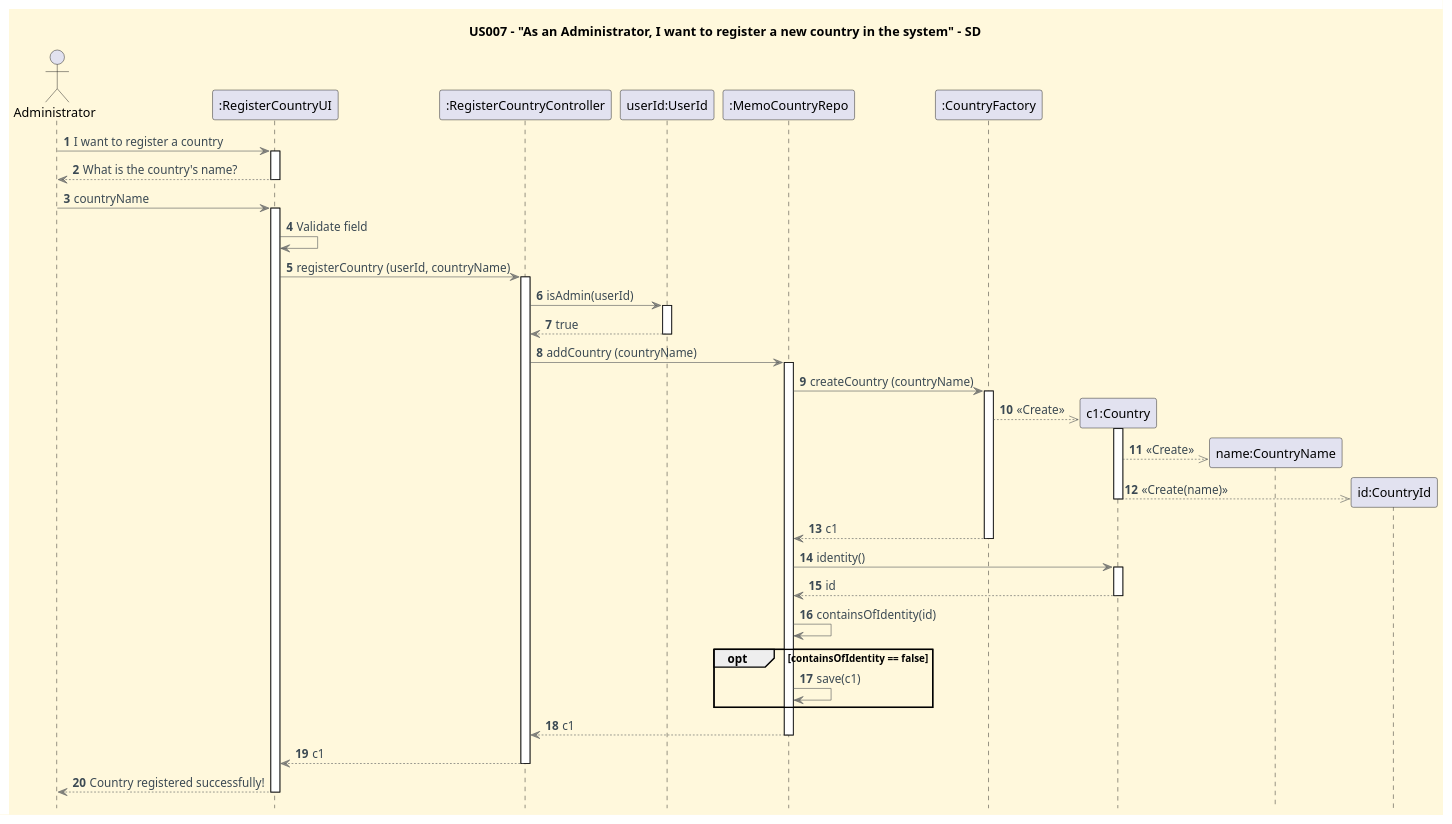
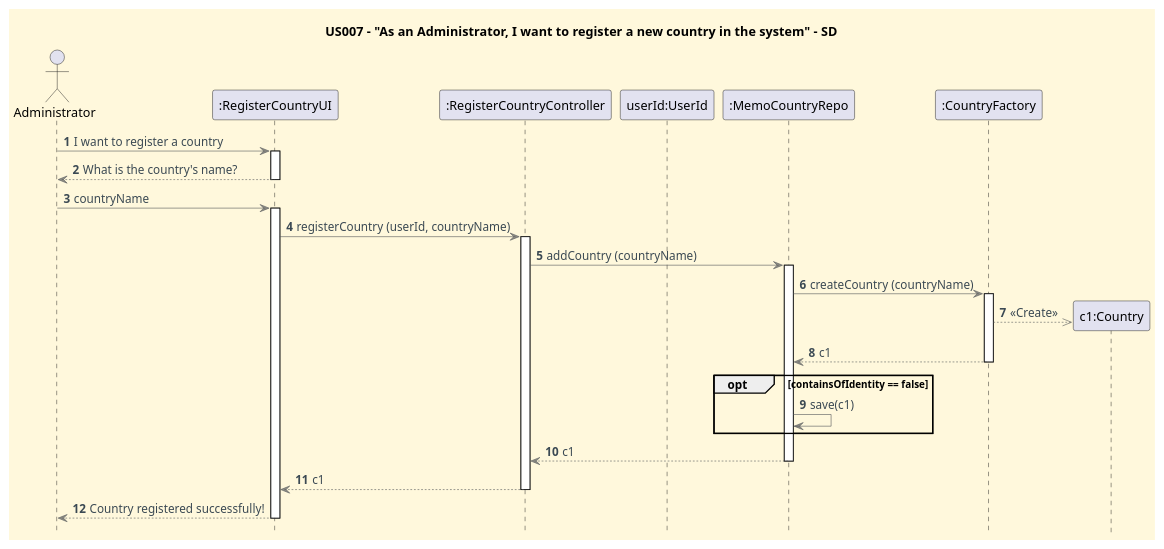
The diagram in docs/user-stories/US007/US007_register_a_country_SD.puml (CarolinaLeite-collab/JavaMarketplacePlatform), drawn with PlantUML before and after one commit. The commit also changed 3 other files, not shown here.

First line of the commit message:
refactor: align country aggregate and diagrams with team standards

```diff
--- a/docs/user-stories/US007/US007_register_a_country_SD.puml
+++ b/docs/user-stories/US007/US007_register_a_country_SD.puml
@@ -1,82 +1,63 @@
 @startuml
 '==== Title ====
 title US007 - "As an Administrator, I want to register a new country in the system" - SD
 
 '==== basic style ====
 skinparam monochrome false
 skinparam defaultFontName Futura
 skinparam objectFontSize 20
 skinparam backgroundColor CornSilk
 skinparam objectBackgroundColor WhiteSmoke
 skinparam noteBackgroundColor #FFFFE0
 skinparam ArrowFontColor #3B4953
 skinparam ArrowColor #57595BAA
 
 hidefootbox
 autonumber
 autoactivate off
 
 ' ==== Actor and participants ====
 actor Administrator as ADM
 participant ":RegisterCountryUI" as UI
 participant ":RegisterCountryController" as CTL
 participant "userId:UserId" as UID
 participant ":MemoCountryRepo" as CR
 participant ":CountryFactory" as FACTORY
 participant "c1:Country" as C
 
 '==== UI interaction ====
 ADM -> UI: I want to register a country
 activate UI
 UI --> ADM: What is the country's name?
 deactivate UI
 
 ADM -> UI: countryName
 activate UI
-UI -> UI: Validate field
 
 '==== Use case execution ====
 ' Updated to pass userId
 UI -> CTL: registerCountry (userId, countryName)
 activate CTL
-
-' The controller verifies if this specific ID has admin rights
-CTL -> UID: isAdmin(userId)
-activate UID
-UID --> CTL: true
-deactivate UID
 
 CTL -> CR: addCountry (countryName)
 activate CR
 
 CR -> FACTORY: createCountry (countryName)
 activate FACTORY
 create C
 FACTORY -->> C: <<Create>>
-activate C
-create "name:CountryName" as CN
-C -->> CN: <<Create>>
-create "id:CountryId" as CID
-C -->> CID: <<Create(name)>>
-deactivate C
 
 FACTORY --> CR :c1
 deactivate FACTORY
 
-CR -> C: identity()
-activate C
-C --> CR: id
-deactivate C
-
-CR -> CR: containsOfIdentity(id)
 opt containsOfIdentity == false
         CR -> CR: save(c1)
 end
 
 CR --> CTL: c1
 deactivate CR
 CTL --> UI: c1
 deactivate CTL
 UI --> ADM : Country registered successfully!
 deactivate UI
 @enduml
```
